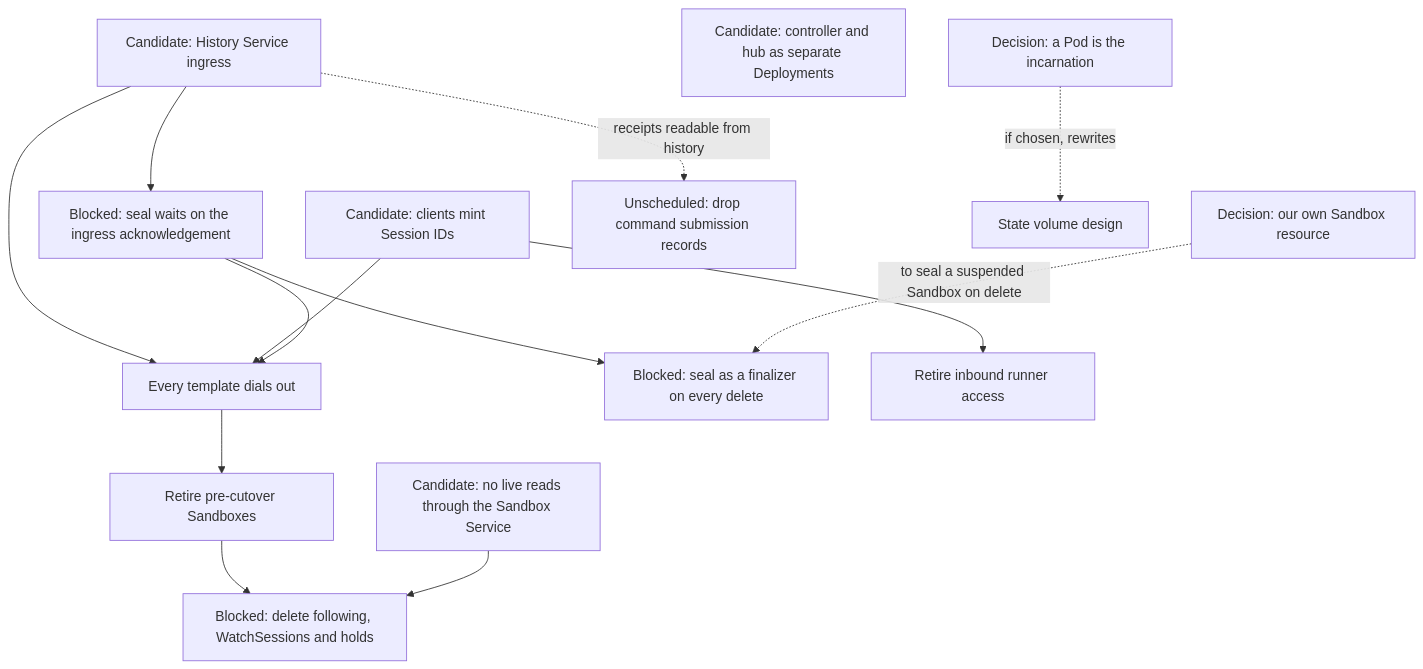
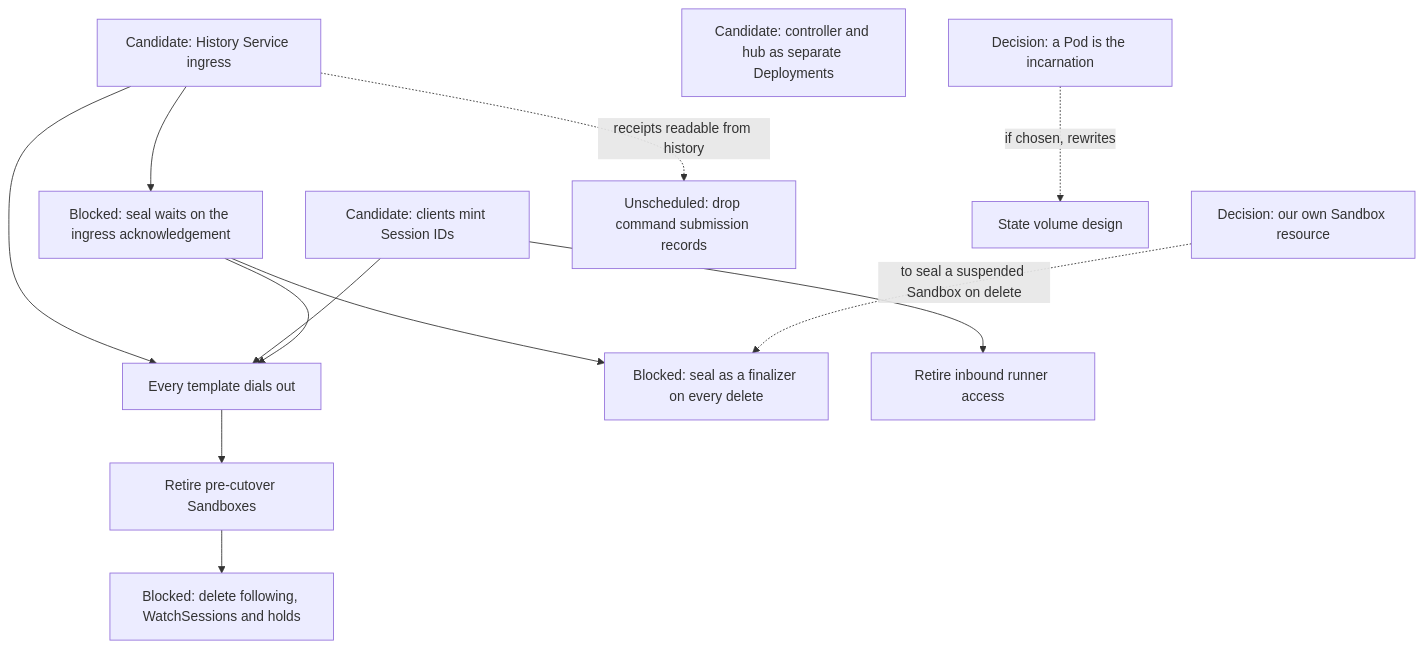
Diagram 12 of 12 in agentplane/plans/task_dag.md (agentydragon-agent/ducktape), drawn with Mermaid before and after one commit. The commit also changed other lines of this file and 21 other files, not shown here.

````diff
--- a/agentplane/plans/task_dag.md
+++ b/agentplane/plans/task_dag.md
@@ -903,27 +903,25 @@
 ```mermaid
 flowchart TD
     HISTORY_INGRESS[Candidate: History Service ingress]
     CLIENT_SESSION_IDS[Candidate: clients mint Session IDs]
-    APP_LIVE_FROM_HISTORY[Candidate: no live reads through the Sandbox Service]
     SEAL_ON_INGRESS_ACK[Blocked: seal waits on the ingress acknowledgement]
     RUNNER_OUTBOUND_ROLLOUT[Every template dials out]
     LEGACY_SANDBOX_RETIRE[Retire pre-cutover Sandboxes]
     FOLLOW_PATH_RETIRE[Blocked: delete following, WatchSessions and holds]
     SANDBOX_SERVICE_DEPLOYMENT_SPLIT[Candidate: controller and hub as separate Deployments]
     AGENTPLANE_SANDBOX_RESOURCE[Decision: our own Sandbox resource]
     POD_INCARNATION[Decision: a Pod is the incarnation]
     SEAL_FINALIZER[Blocked: seal as a finalizer on every delete]
     COMMAND_RECORDS_RETIRE[Unscheduled: drop command submission records]
     HISTORY_INGRESS --> SEAL_ON_INGRESS_ACK
     HISTORY_INGRESS --> RUNNER_OUTBOUND_ROLLOUT
     CLIENT_SESSION_IDS --> RUNNER_OUTBOUND_ROLLOUT
     CLIENT_SESSION_IDS --> RUNNER_INBOUND_RETIRE[Retire inbound runner access]
     SEAL_ON_INGRESS_ACK --> RUNNER_OUTBOUND_ROLLOUT
     RUNNER_OUTBOUND_ROLLOUT --> LEGACY_SANDBOX_RETIRE
     LEGACY_SANDBOX_RETIRE --> FOLLOW_PATH_RETIRE
-    APP_LIVE_FROM_HISTORY --> FOLLOW_PATH_RETIRE
     SEAL_ON_INGRESS_ACK --> SEAL_FINALIZER
     AGENTPLANE_SANDBOX_RESOURCE -. to seal a suspended Sandbox on delete .-> SEAL_FINALIZER
     POD_INCARNATION -. if chosen, rewrites .-> SESSION_STATE_VOLUME_DESIGN[State volume design]
     HISTORY_INGRESS -. receipts readable from history .-> COMMAND_RECORDS_RETIRE
 ```
````
